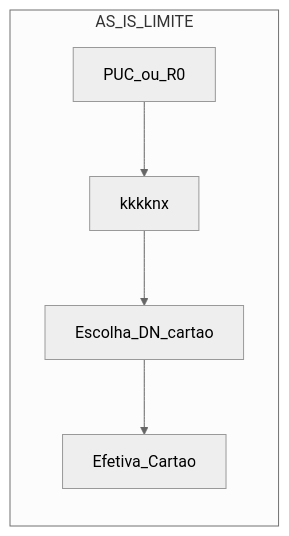
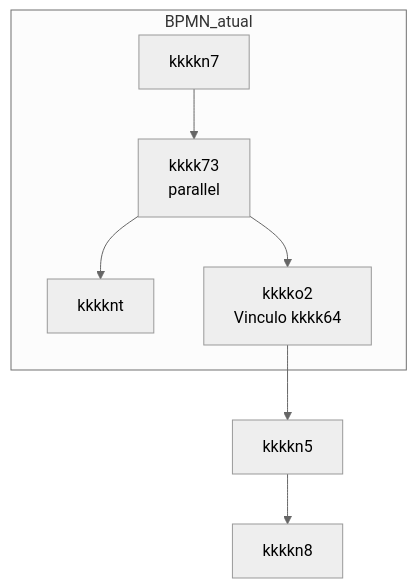
Before and after one commit to fabaodevudi/outros-codigos: the second of 4 diagrams in Java/mm.md, drawn with Mermaid (neutral theme). The commit also changed other lines of this file, not shown here.

````diff
--- a/Java/mm.md
+++ b/Java/mm.md
@@ -189,13 +169,11 @@
 ```mermaid
-flowchart LR
-  subgraph AS_IS_LIMITE
-    kkkkhr[PUC_ou_R0]
-    MAP[kkkknx]
-    DN[Escolha_DN_cartao]
-    EFC[Efetiva_Cartao]
-
-    kkkkhr --> MAP
-    MAP --> DN
-    DN --> EFC
+flowchart TB
+  subgraph BPMN_atual
+    P[kkkkn7]
+    P --> GW[kkkk73<br/>parallel]
+    GW --> R1[kkkknt]
+    GW --> R2[kkkko2<br/>Vinculo kkkk64]
   end
+  R2 --> EFC[kkkkn5]
+  EFC --> PEP[kkkkn8]
 ```
````
